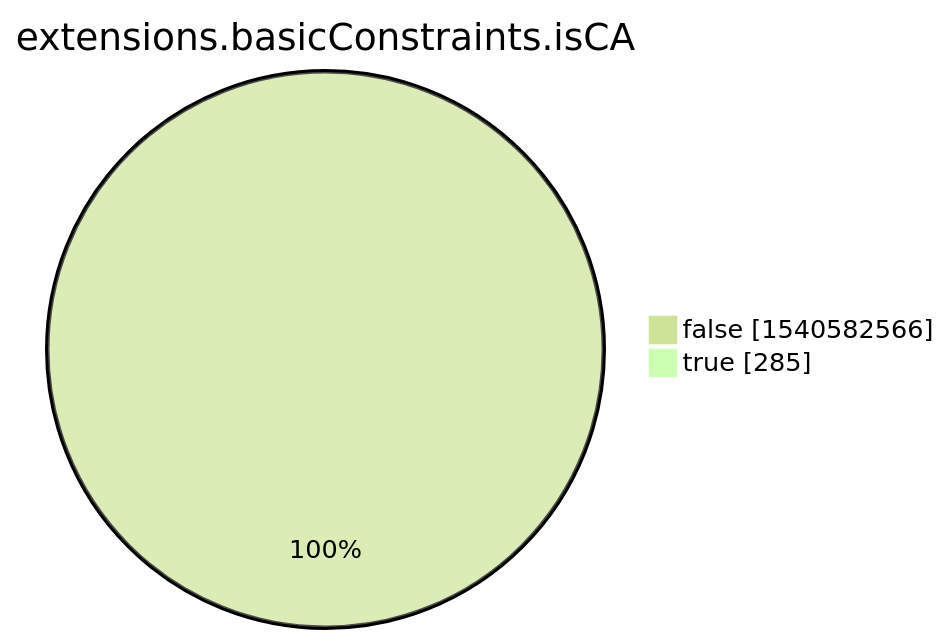
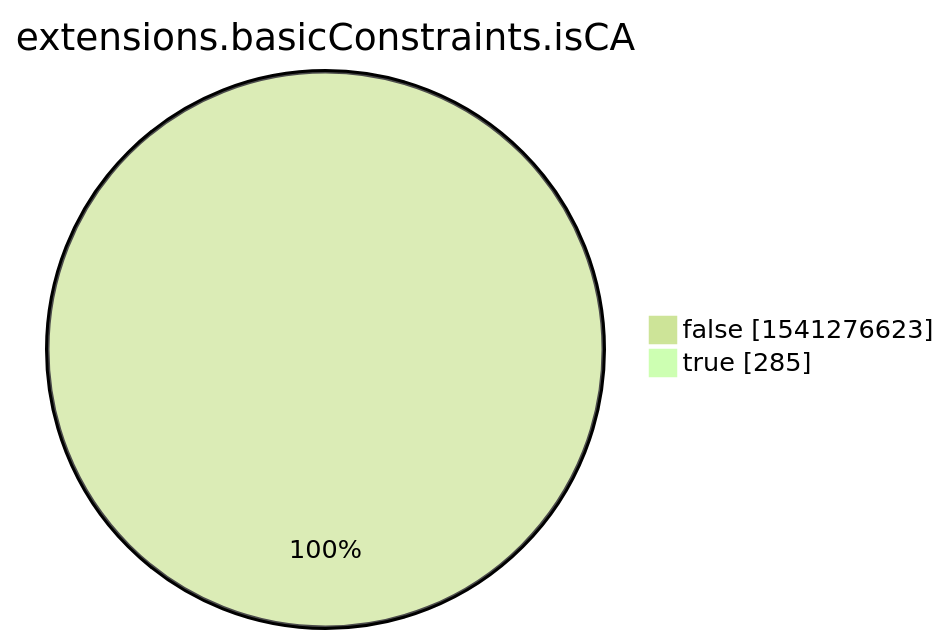
Before and after one commit to christiankrug/ctmonitor_visualization: the eighth of 15 diagrams in xenon2022/README.md, drawn with Mermaid (forest theme). The commit also changed other lines of this file, not shown here.

````diff
--- a/xenon2022/README.md
+++ b/xenon2022/README.md
@@ -2859,6 +2859,6 @@
 ```mermaid
 pie showData
 title extensions.basicConstraints.isCA
-"false" :1540582566
+"false" :1541276623
 "true" :285
 ```
````
